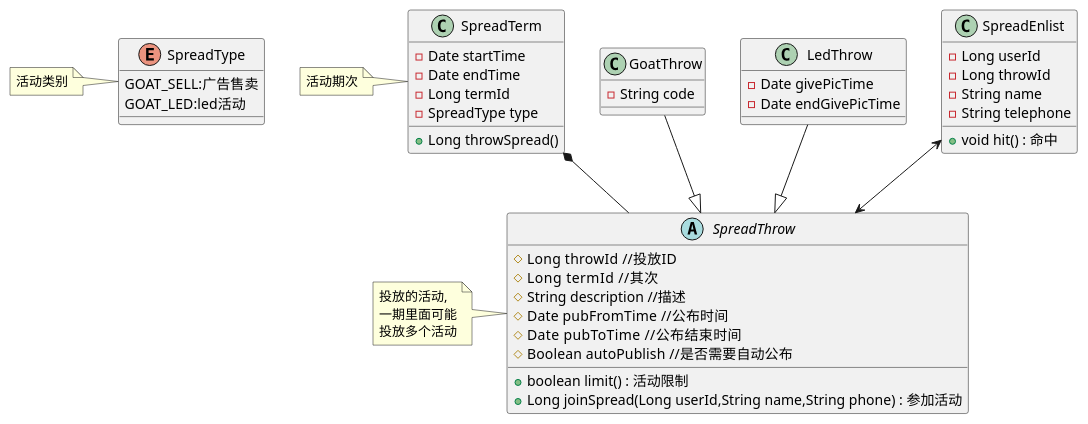
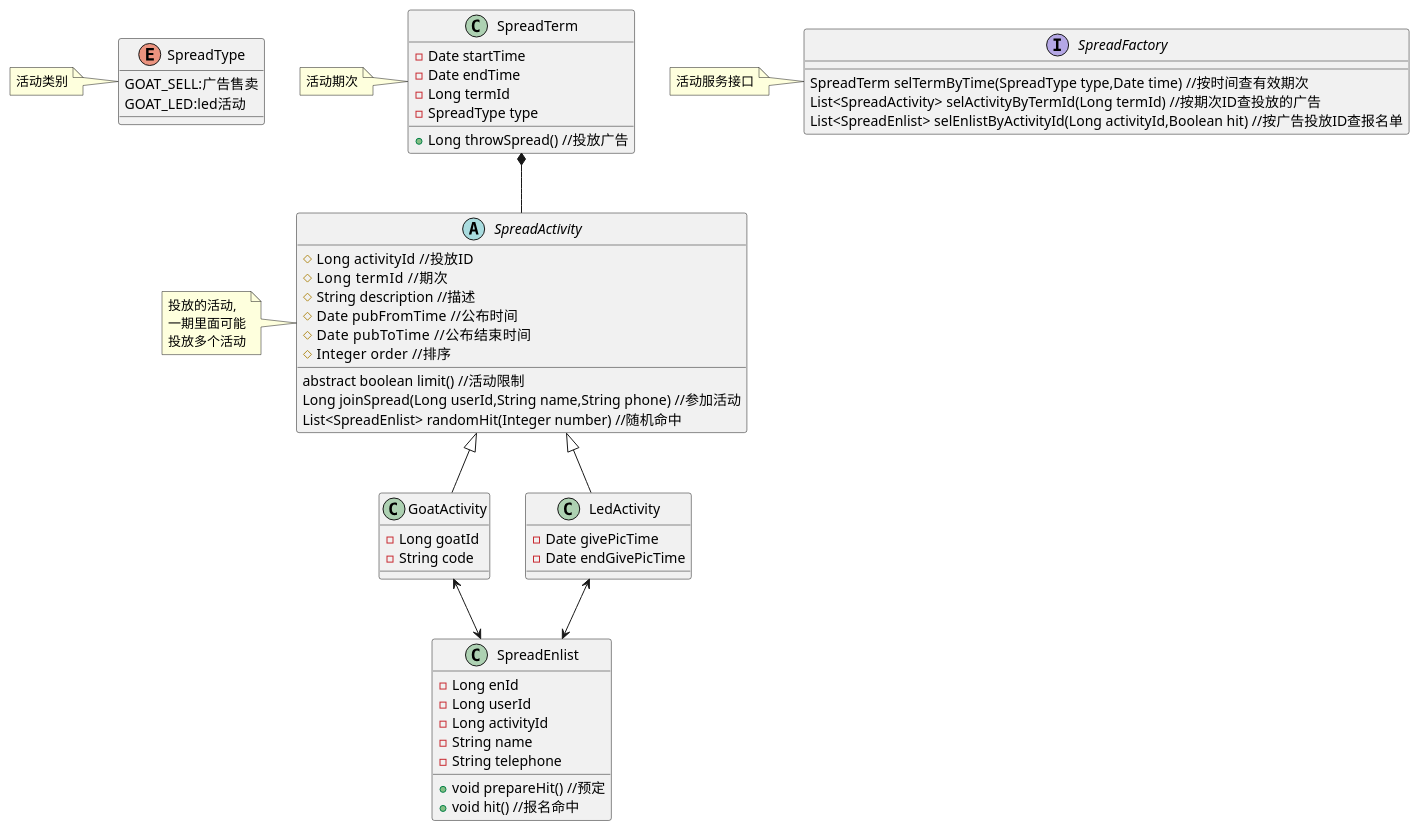
One commit to pogy/main-pom changed the diagram in main4-spread/main4-spread-api/src/main/resources/spread_class.puml. Above: the diagram before and after it, drawn with PlantUML. The commit also changed 2 other files, not shown here.

```diff
--- a/main4-spread/main4-spread-api/src/main/resources/spread_class.puml
+++ b/main4-spread/main4-spread-api/src/main/resources/spread_class.puml
@@ -1,62 +1,74 @@
 @startuml
 
 enum SpreadType{
 GOAT_SELL:广告售卖
 GOAT_LED:led活动
 }
 
 note left of SpreadType:活动类别
 
 class SpreadTerm{
 -Date startTime
 -Date endTime
 -Long termId
 -SpreadType type
 
-+Long throwSpread()
++Long throwSpread() //投放广告
 }
 
 note left of SpreadTerm:活动期次
 
-abstract class SpreadThrow{
-#Long throwId  //投放ID
-#Long termId   //其次
+abstract class SpreadActivity{
+#Long activityId  //投放ID
+#Long termId   //期次
 #String description //描述
 #Date pubFromTime  //公布时间
 #Date pubToTime   //公布结束时间
-#Boolean autoPublish  //是否需要自动公布
+#Integer order  //排序
 
-+boolean limit() : 活动限制
-+Long joinSpread(Long userId,String name,String phone) : 参加活动
+abstract boolean limit() //活动限制
+Long joinSpread(Long userId,String name,String phone) //参加活动
+List<SpreadEnlist> randomHit(Integer number) //随机命中
 }
 
-note left of SpreadThrow:投放的活动,\n一期里面可能\n投放多个活动
+note left of SpreadActivity:投放的活动,\n一期里面可能\n投放多个活动
 
-class GoatThrow{
+class GoatActivity{
+-Long goatId
 -String code
 }
 
-class LedThrow{
+class LedActivity{
 -Date givePicTime
 -Date endGivePicTime
 }
 
 class SpreadEnlist{
+-Long enId
 -Long userId
--Long throwId
+-Long activityId
 -String name
 -String telephone
-+void hit() : 命中
+
++void prepareHit() //预定
++void hit() //报名命中
 }
 
+interface SpreadFactory{
+SpreadTerm selTermByTime(SpreadType type,Date time) //按时间查有效期次
+List<SpreadActivity> selActivityByTermId(Long termId) //按期次ID查投放的广告
+List<SpreadEnlist> selEnlistByActivityId(Long activityId,Boolean hit) //按广告投放ID查报名单
 
+}
 
-GoatThrow --|> SpreadThrow
+note left of SpreadFactory:活动服务接口
+SpreadActivity <|-- GoatActivity
 
-LedThrow --|> SpreadThrow
+SpreadActivity <|-- LedActivity
 
-SpreadTerm *-- SpreadThrow
+SpreadTerm *-- SpreadActivity
 
-SpreadEnlist <--> SpreadThrow
+GoatActivity <--> SpreadEnlist
+LedActivity <--> SpreadEnlist
 
 @enduml
```
